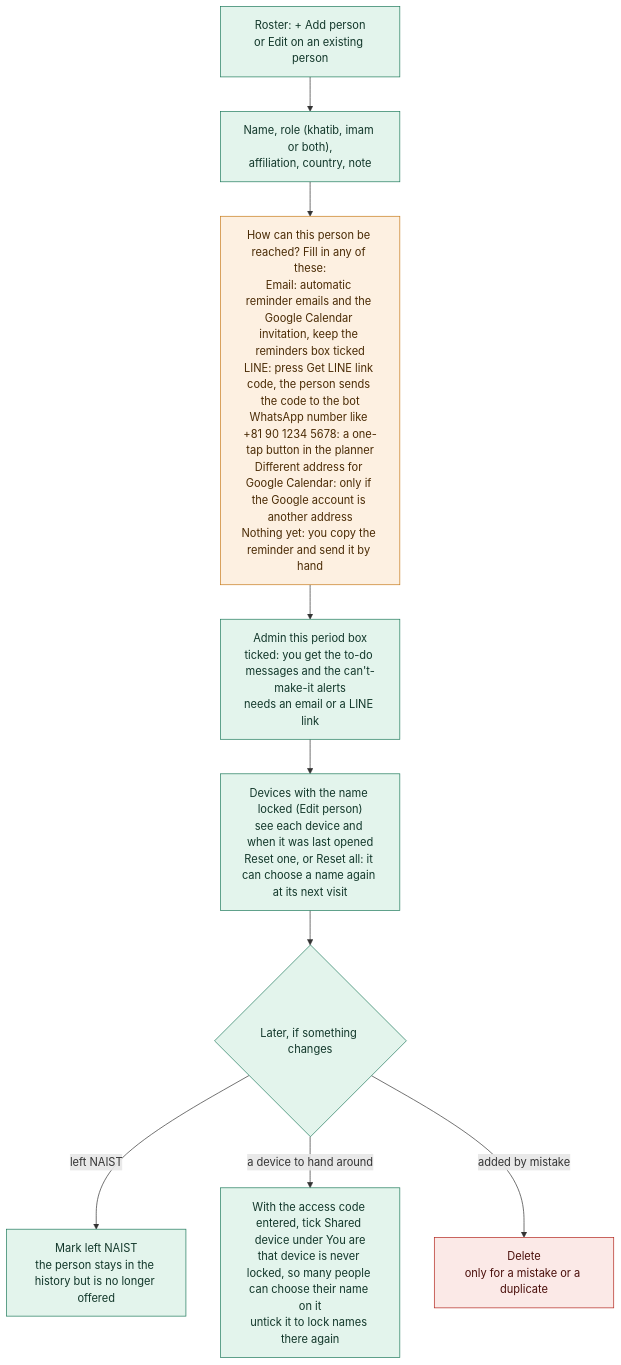
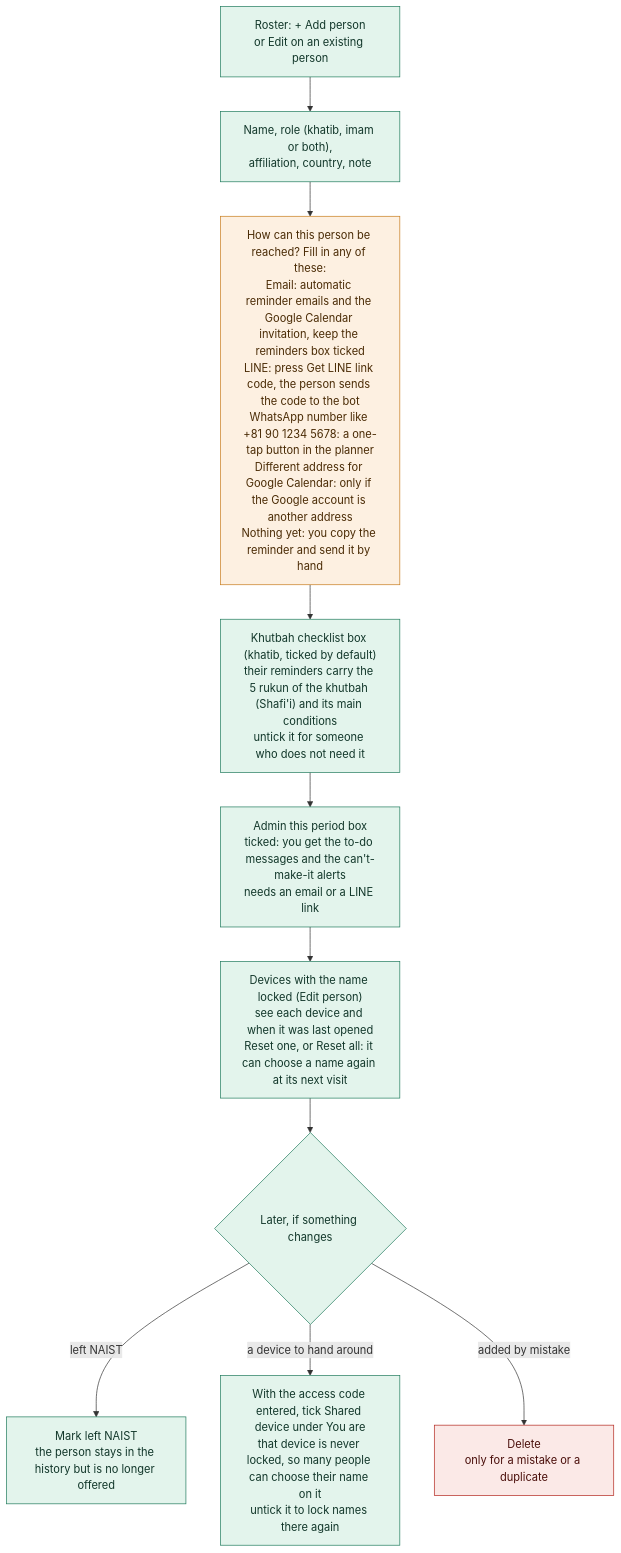
Before and after one commit to mushaffarasyidridha/Jumat-Scheduler-NAIST: the diagram in public/flows/admin-roster.mmd, drawn with Mermaid. The commit also changed 16 other files, not shown here.

First line of the commit message:
Khatib reminders carry the khutbah checklist (5 rukun, Shafi'i)

```diff
--- a/public/flows/admin-roster.mmd
+++ b/public/flows/admin-roster.mmd
@@ -1,16 +1,17 @@
 flowchart TD
   A["Roster: + Add person<br/>or Edit on an existing person"] --> B["Name, role (khatib, imam or both),<br/>affiliation, country, note"]
   B --> C["How can this person be reached? Fill in any of these:<br/>Email: automatic reminder emails and the Google Calendar invitation, keep the reminders box ticked<br/>LINE: press Get LINE link code, the person sends the code to the bot<br/>WhatsApp number like +81 90 1234 5678: a one-tap button in the planner<br/>Different address for Google Calendar: only if the Google account is another address<br/>Nothing yet: you copy the reminder and send it by hand"]
-  C --> D["Admin this period box<br/>ticked: you get the to-do messages and the can't-make-it alerts<br/>needs an email or a LINE link"]
+  C --> K["Khutbah checklist box (khatib, ticked by default)<br/>their reminders carry the 5 rukun of the khutbah (Shafi'i) and its main conditions<br/>untick it for someone who does not need it"]
+  K --> D["Admin this period box<br/>ticked: you get the to-do messages and the can't-make-it alerts<br/>needs an email or a LINE link"]
   D --> H["Devices with the name locked (Edit person)<br/>see each device and when it was last opened<br/>Reset one, or Reset all: it can choose a name again at its next visit"]
   H --> G{"Later, if something changes"}
   G -->|"left NAIST"| E["Mark left NAIST<br/>the person stays in the history but is no longer offered"]
   G -->|"a device to hand around"| I["With the access code entered, tick Shared device under You are<br/>that device is never locked, so many people can choose their name on it<br/>untick it to lock names there again"]
   G -->|"added by mistake"| F["Delete<br/>only for a mistake or a duplicate"]
 
   classDef admin fill:#e3f4ec,stroke:#1f7a5c,color:#12372a
   classDef out fill:#fdf0e1,stroke:#c77b1c,color:#4a2b05
   classDef warn fill:#fbe9e7,stroke:#b3261e,color:#4a0f0b
-  class A,B,D,E,G,H,I admin
+  class A,B,D,E,G,H,I,K admin
   class C out
   class F warn
```
